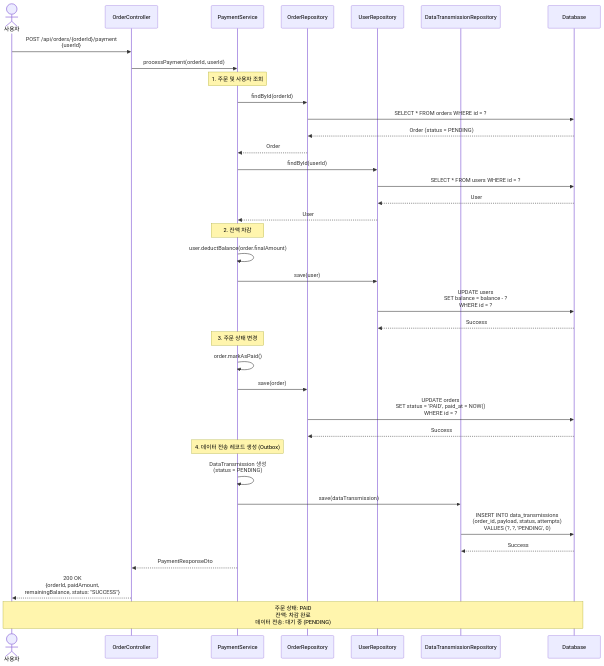
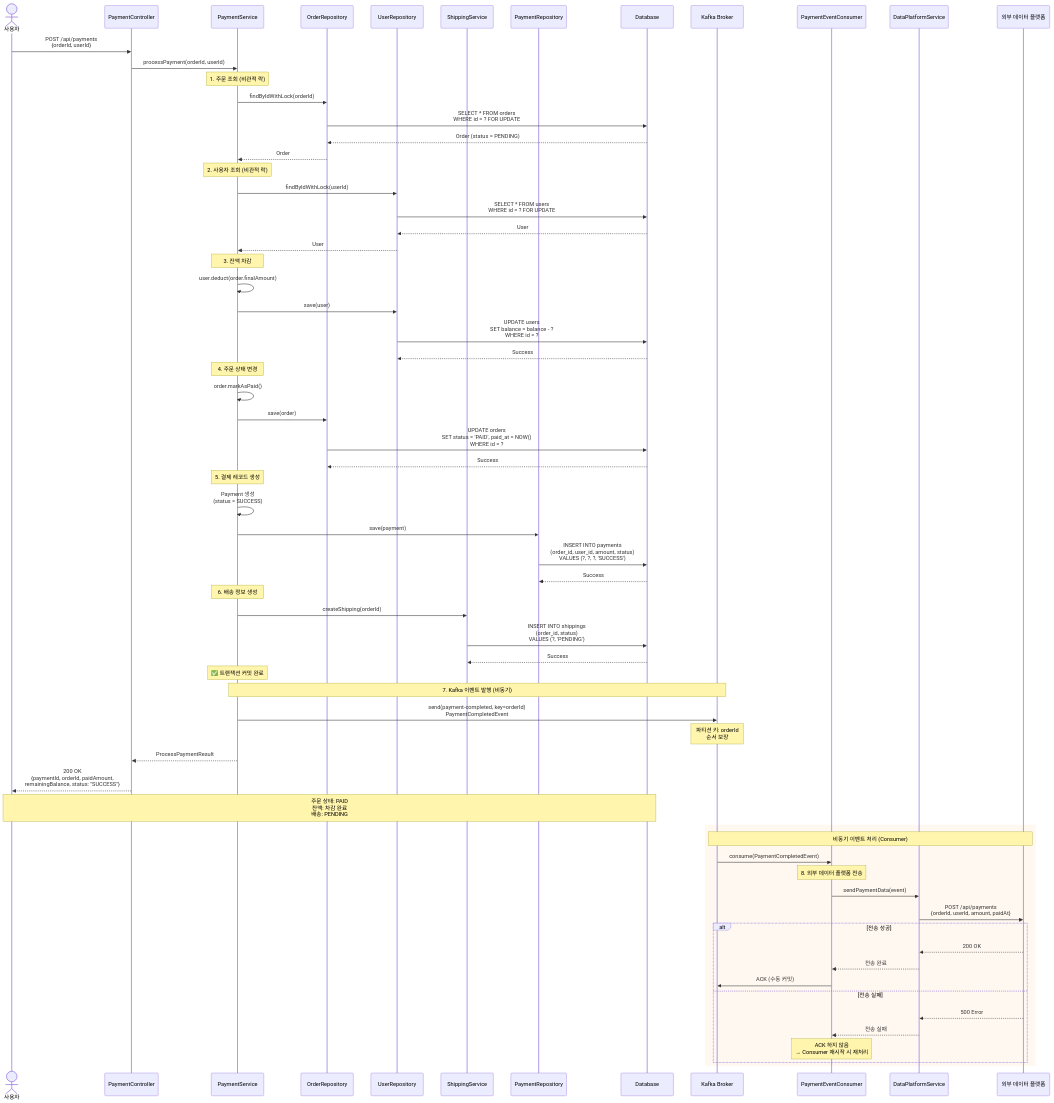
The tenth of 25 diagrams in docs/sequence-diagrams.md (knowave/hhplus-ecommerce-kotlin), drawn with Mermaid before and after one commit. The commit also changed other lines of this file and 3 other files, not shown here.

Commit message:
FIX: Payment event 발행 commit 된 후 발행하도록 수정

````diff
--- a/docs/sequence-diagrams.md
+++ b/docs/sequence-diagrams.md
@@ -437,47 +500,83 @@
 ```mermaid
 sequenceDiagram
     actor User as 사용자
-    participant Controller as OrderController
+    participant Controller as PaymentController
     participant Service as PaymentService
     participant OrderRepo as OrderRepository
     participant UserRepo as UserRepository
-    participant TransRepo as DataTransmissionRepository
+    participant ShippingService as ShippingService
+    participant PaymentRepo as PaymentRepository
     participant DB as Database
+    participant Kafka as Kafka Broker
+    participant Consumer as PaymentEventConsumer
+    participant DataPlatform as DataPlatformService
+    participant ExternalAPI as 외부 데이터 플랫폼
 
-    User->>Controller: POST /api/orders/{orderId}/payment<br/>{userId}
+    User->>Controller: POST /api/payments<br/>{orderId, userId}
     Controller->>Service: processPayment(orderId, userId)
 
-    Note over Service: 1. 주문 및 사용자 조회
-    Service->>OrderRepo: findById(orderId)
-    OrderRepo->>DB: SELECT * FROM orders WHERE id = ?
+    Note over Service: 1. 주문 조회 (비관적 락)
+    Service->>OrderRepo: findByIdWithLock(orderId)
+    OrderRepo->>DB: SELECT * FROM orders<br/>WHERE id = ? FOR UPDATE
     DB-->>OrderRepo: Order (status = PENDING)
     OrderRepo-->>Service: Order
 
-    Service->>UserRepo: findById(userId)
-    UserRepo->>DB: SELECT * FROM users WHERE id = ?
+    Note over Service: 2. 사용자 조회 (비관적 락)
+    Service->>UserRepo: findByIdWithLock(userId)
+    UserRepo->>DB: SELECT * FROM users<br/>WHERE id = ? FOR UPDATE
     DB-->>UserRepo: User
     UserRepo-->>Service: User
 
-    Note over Service: 2. 잔액 차감
-    Service->>Service: user.deductBalance(order.finalAmount)
+    Note over Service: 3. 잔액 차감
+    Service->>Service: user.deduct(order.finalAmount)
     Service->>UserRepo: save(user)
     UserRepo->>DB: UPDATE users<br/>SET balance = balance - ?<br/>WHERE id = ?
     DB-->>UserRepo: Success
 
-    Note over Service: 3. 주문 상태 변경
+    Note over Service: 4. 주문 상태 변경
     Service->>Service: order.markAsPaid()
     Service->>OrderRepo: save(order)
     OrderRepo->>DB: UPDATE orders<br/>SET status = 'PAID', paid_at = NOW()<br/>WHERE id = ?
     DB-->>OrderRepo: Success
 
-    Note over Service: 4. 데이터 전송 레코드 생성 (Outbox)
-    Service->>Service: DataTransmission 생성<br/>(status = PENDING)
-    Service->>TransRepo: save(dataTransmission)
-    TransRepo->>DB: INSERT INTO data_transmissions<br/>(order_id, payload, status, attempts)<br/>VALUES (?, ?, 'PENDING', 0)
-    DB-->>TransRepo: Success
+    Note over Service: 5. 결제 레코드 생성
+    Service->>Service: Payment 생성<br/>(status = SUCCESS)
+    Service->>PaymentRepo: save(payment)
+    PaymentRepo->>DB: INSERT INTO payments<br/>(order_id, user_id, amount, status)<br/>VALUES (?, ?, ?, 'SUCCESS')
+    DB-->>PaymentRepo: Success
 
-    Service-->>Controller: PaymentResponseDto
-    Controller-->>User: 200 OK<br/>{orderId, paidAmount,<br/>remainingBalance, status: "SUCCESS"}
+    Note over Service: 6. 배송 정보 생성
+    Service->>ShippingService: createShipping(orderId)
+    ShippingService->>DB: INSERT INTO shippings<br/>(order_id, status)<br/>VALUES (?, 'PENDING')
+    DB-->>ShippingService: Success
 
-    Note over User,DB: 주문 상태: PAID<br/>잔액: 차감 완료<br/>데이터 전송: 대기 중 (PENDING)
+    Note over Service: ✅ 트랜잭션 커밋 완료
+
+    Note over Service,Kafka: 7. Kafka 이벤트 발행 (비동기)
+    Service->>Kafka: send(payment-completed, key=orderId)<br/>PaymentCompletedEvent
+    Note over Kafka: 파티션 키: orderId<br/>순서 보장
+
+    Service-->>Controller: ProcessPaymentResult
+    Controller-->>User: 200 OK<br/>{paymentId, orderId, paidAmount,<br/>remainingBalance, status: "SUCCESS"}
+
+    Note over User,DB: 주문 상태: PAID<br/>잔액: 차감 완료<br/>배송: PENDING
+
+    rect rgb(255, 248, 240)
+        Note over Kafka,ExternalAPI: 비동기 이벤트 처리 (Consumer)
+        Kafka->>Consumer: consume(PaymentCompletedEvent)
+
+        Note over Consumer: 8. 외부 데이터 플랫폼 전송
+        Consumer->>DataPlatform: sendPaymentData(event)
+        DataPlatform->>ExternalAPI: POST /api/payments<br/>{orderId, userId, amount, paidAt}
+
+        alt 전송 성공
+            ExternalAPI-->>DataPlatform: 200 OK
+            DataPlatform-->>Consumer: 전송 완료
+            Consumer->>Kafka: ACK (수동 커밋)
+        else 전송 실패
+            ExternalAPI-->>DataPlatform: 500 Error
+            DataPlatform-->>Consumer: 전송 실패
+            Note over Consumer: ACK 하지 않음<br/>→ Consumer 재시작 시 재처리
+        end
+    end
 ```
````
